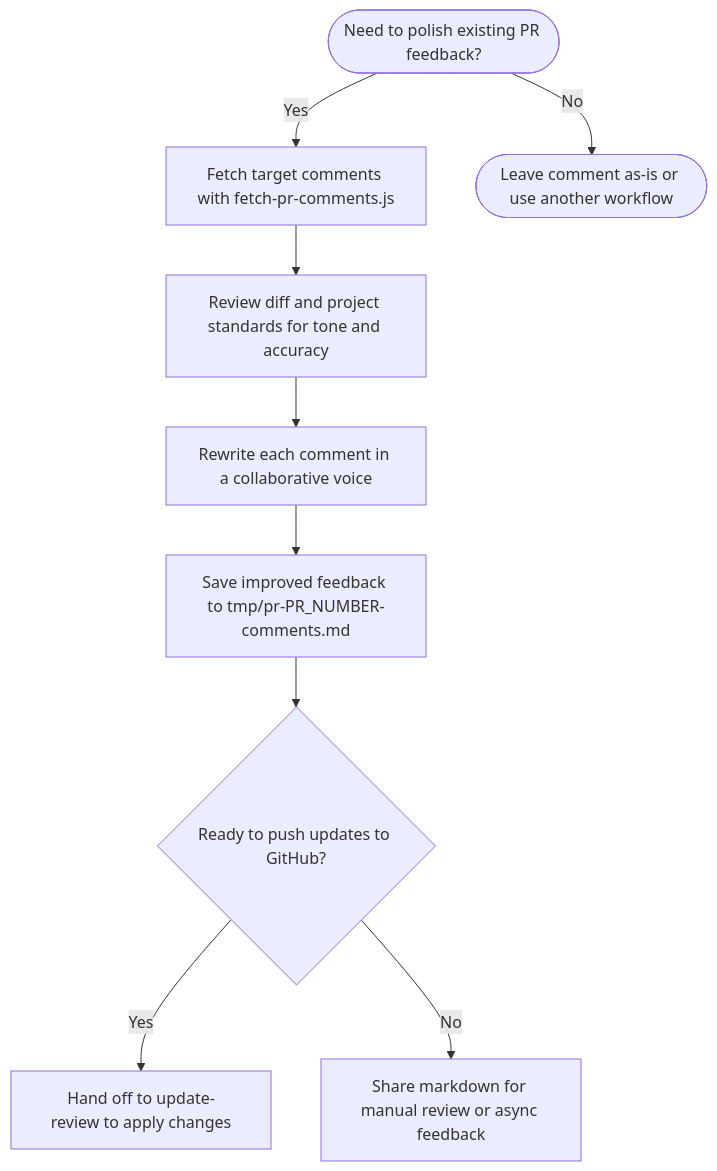
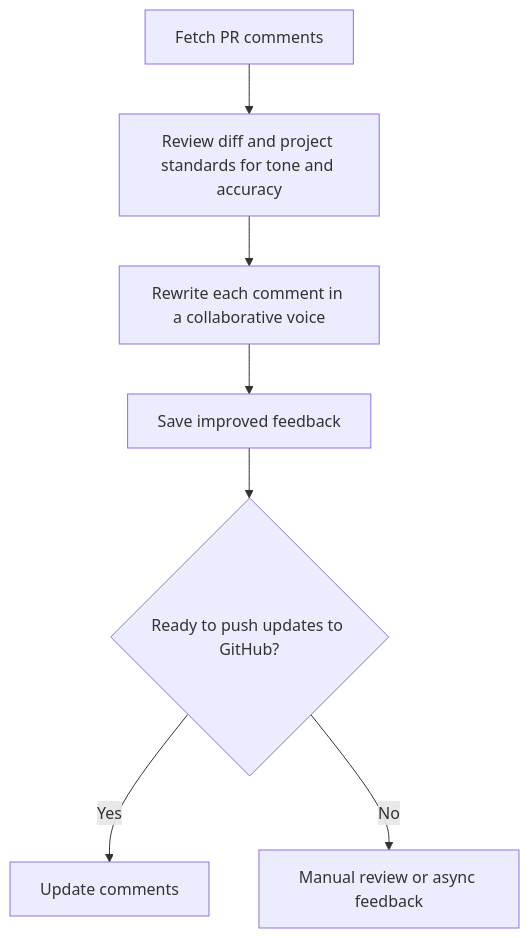
One commit to mkaczkowski/ai-command-library changed the first of 6 diagrams in README.md. Above: the diagram before and after it, drawn with Mermaid. The commit also changed other lines of this file, not shown here.

Commit message:
docs: enhance flowcharts in README.md for clarity and readability

````diff
--- a/README.md
+++ b/README.md
@@ -74,11 +76,10 @@
 ```mermaid
 flowchart TD
-    Need([Need to polish existing PR feedback?]) -->|Yes| Fetch[Fetch target comments with fetch-pr-comments.js]
+    Fetch[Fetch PR comments]
     Fetch --> Context[Review diff and project standards for tone and accuracy]
     Context --> Rewrite[Rewrite each comment in a collaborative voice]
-    Rewrite --> Output[Save improved feedback to tmp/pr-PR_NUMBER-comments.md]
+    Rewrite --> Output[Save improved feedback]
     Output --> Decide{Ready to push updates to GitHub?}
-    Decide -->|Yes| Update[Hand off to update-review to apply changes]
-    Decide -->|No| Share[Share markdown for manual review or async feedback]
-    Need -->|No| Exit([Leave comment as-is or use another workflow])
+    Decide -->|Yes| Update[Update comments]
+    Decide -->|No| Share[Manual review or async feedback]
 ```
````
